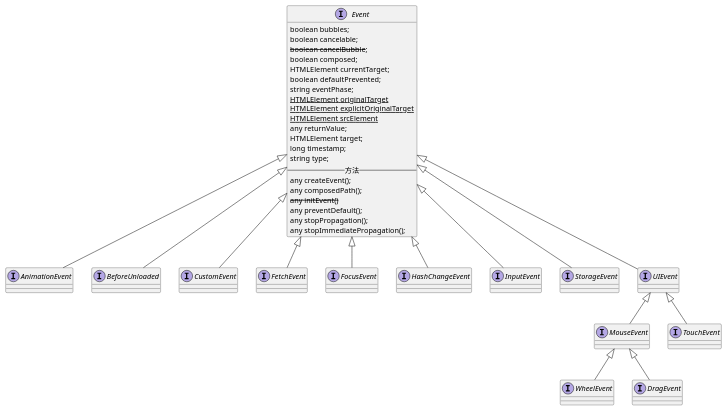
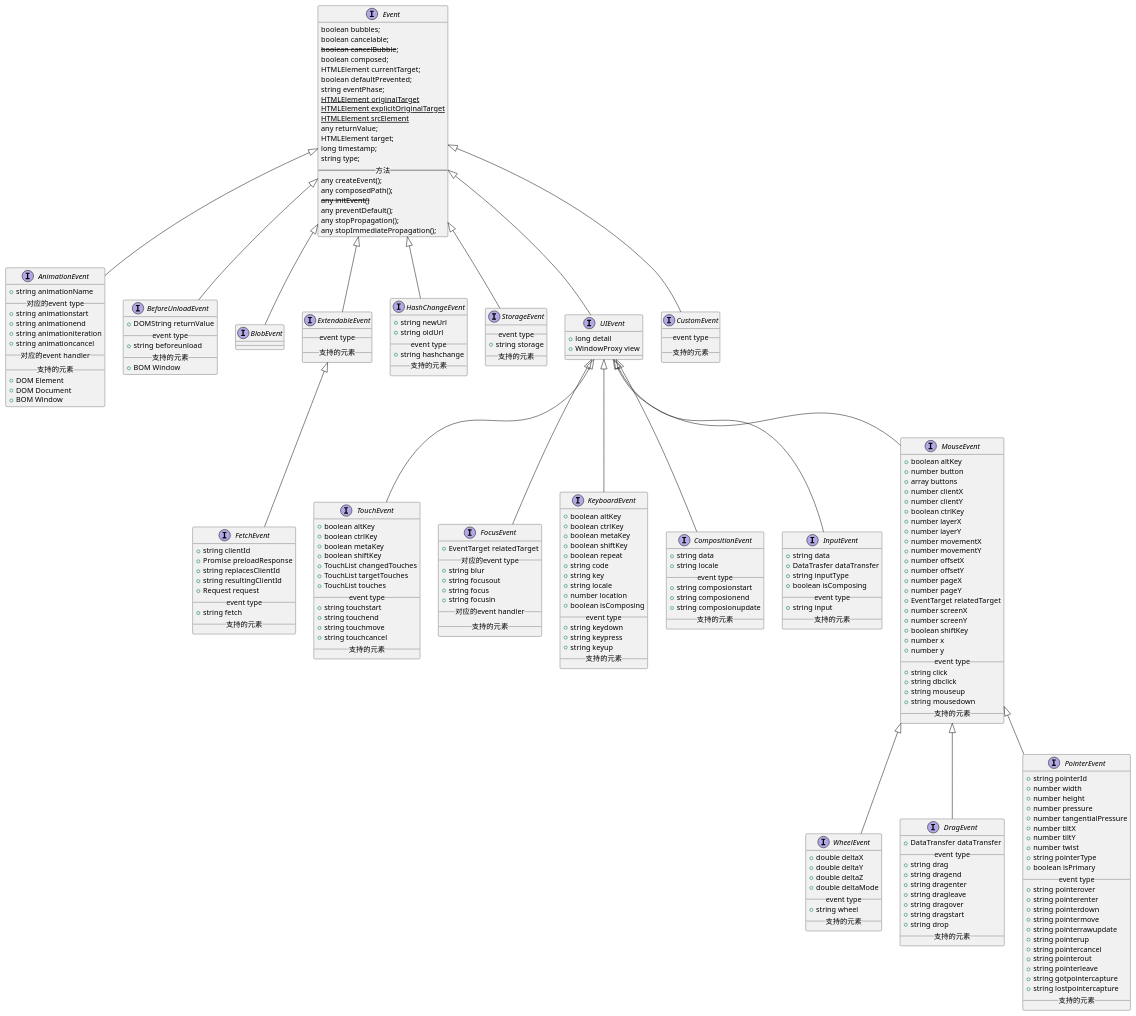
Before and after one commit to TigerWFH/webapp: the diagram in doc/知识累积/Web/event_class.wsd, drawn with PlantUML.

Commit message:
docs: 梳理事件类型接口和事件类型

```diff
--- a/doc/知识累积/Web/event_class.wsd
+++ b/doc/知识累积/Web/event_class.wsd
@@ -23,31 +23,221 @@
         any stopPropagation();
         any stopImmediatePropagation();
     }
-    interface AnimationEvent {}
-    interface BeforeUnloaded {}
-    interface CustomEvent {}
-    interface FetchEvent {}
-    interface FocusEvent {}
-    interface HashChangeEvent {}
-    interface InputEvent {}
-    interface StorageEvent {}
-    interface UIEvent {}
-    interface MouseEvent {}
-    interface TouchEvent {}
-    interface WheelEvent {}
-    interface DragEvent {}
+    interface AnimationEvent {
+        + string animationName
+        __对应的event type__
+        + string animationstart
+        + string animationend
+        + string animationiteration
+        + string animationcancel
+        __对应的event handler__
+        __支持的元素__
+        + DOM Element
+        + DOM Document
+        + BOM Window
+    }
+    interface BeforeUnloadEvent {
+        + DOMString returnValue
+        __event type__
+        + string beforeunload
+        __支持的元素__
+        + BOM Window
+    }
+    interface BlobEvent {
+        
+    }
+    interface ExtendableEvent {
+        __event type__
+        __支持的元素__
+    }
+    interface FetchEvent {
+        + string clientId
+        + Promise preloadResponse
+        + string replacesClientId
+        + string resultingClientId
+        + Request request
+        __event type__
+        + string fetch
+        __支持的元素__
+    }
+    interface HashChangeEvent {
+        + string newUrl
+        + string oldUrl
+        __event type__
+        + string hashchange
+        __支持的元素__
+    }
+    interface StorageEvent {
+        __event type__
+        + string storage
+        __支持的元素__
+    }
+    interface UIEvent {
+        + long detail
+        + WindowProxy view
+    }
+    interface TouchEvent {
+        + boolean altKey
+        + boolean ctrlKey
+        + boolean metaKey
+        + boolean shiftKey
+        + TouchList changedTouches
+        + TouchList targetTouches
+        + TouchList touches
+        __event type__
+        + string touchstart
+        + string touchend
+        + string touchmove
+        + string touchcancel
+        __支持的元素__
+    }
+    interface FocusEvent {
+        + EventTarget relatedTarget
+        __对应的event type__
+        + string blur
+        + string focusout
+        + string focus
+        + string focusin
+        __对应的event handler__
+        __支持的元素__
+    }
+    interface KeyboardEvent {
+        + boolean altKey
+        + boolean ctrlKey
+        + boolean metaKey
+        + boolean shiftKey
+        + boolean repeat
+        + string code
+        + string key
+        + string locale
+        + number location
+        + boolean isComposing
+        __event type__
+        + string keydown
+        + string keypress
+        + string keyup
+        __支持的元素__
+    }
+    interface CompositionEvent {
+        + string data
+        + string locale
+        __event type__
+        + string composionstart
+        + string composionend
+        + string composionupdate
+        __支持的元素__
+    }
+    interface InputEvent {
+        + string data
+        + DataTrasfer dataTransfer
+        + string inputType
+        + boolean isComposing
+        __event type__
+        + string input
+        __支持的元素__
+    }
+    interface MouseEvent {
+        + boolean altKey
+        + number button
+        + array buttons
+        + number clientX
+        + number clientY
+        + boolean ctrlKey
+        + number layerX
+        + number layerY
+        + number movementX
+        + number movementY
+        + number offsetX
+        + number offsetY
+        + number pageX
+        + number pageY
+        + EventTarget relatedTarget
+        + number screenX
+        + number screenY
+        + boolean shiftKey
+        + number x
+        + number y
+        __event type__
+        + string click
+        + string dbclick
+        + string mouseup
+        + string mousedown
+        __支持的元素__
+    }
+
+    interface WheelEvent {
+        + double deltaX
+        + double deltaY
+        + double deltaZ
+        + double deltaMode
+        __event type__
+        + string wheel
+        ' 代替非标准mousewheel
+        __支持的元素__
+    }
+    interface DragEvent {
+        + DataTransfer dataTransfer
+        __event type__
+        + string drag
+        + string dragend
+        + string dragenter
+        + string dragleave
+        + string dragover
+        + string dragstart
+        + string drop
+        __支持的元素__
+    }
+    interface PointerEvent {
+        + string pointerId
+        + number width
+        + number height
+        + number pressure
+        + number tangentialPressure
+        + number tiltX
+        + number tiltY
+        + number twist
+        + string pointerType
+        + boolean isPrimary
+        __event type__
+        + string pointerover
+        + string pointerenter
+        + string pointerdown
+        + string pointermove
+        + string pointerrawupdate
+        + string pointerup
+        + string pointercancel
+        + string pointerout
+        + string pointerleave
+        + string gotpointercapture
+        + string lostpointercapture
+        __支持的元素__
+    }
+    
+    interface CustomEvent {
+        __event type__
+        __支持的元素__
+    }
+    
 
     Event <|-- AnimationEvent
-    Event <|-- BeforeUnloaded
+    Event <|-- BeforeUnloadEvent
+    Event <|-- BlobEvent
+    Event <|-- ExtendableEvent
+    Event <|-- HashChangeEvent
+    Event <|-- StorageEvent
     Event <|-- CustomEvent
-    Event <|-- FetchEvent
-    Event <|-- FocusEvent
-    Event <|-- HashChangeEvent
-    Event <|-- InputEvent
-    Event <|-- StorageEvent
     Event <|-- UIEvent
+
+    ExtendableEvent <|-- FetchEvent
+
     UIEvent <|-- TouchEvent
+    UIEvent <|-- FocusEvent
+    UIEvent <|-- KeyboardEvent
+    UIEvent <|-- InputEvent
+    UIEvent <|-- CompositionEvent
     UIEvent <|-- MouseEvent
+
     MouseEvent <|-- WheelEvent
     MouseEvent <|-- DragEvent
+    MouseEvent <|-- PointerEvent
 @enduml
```
